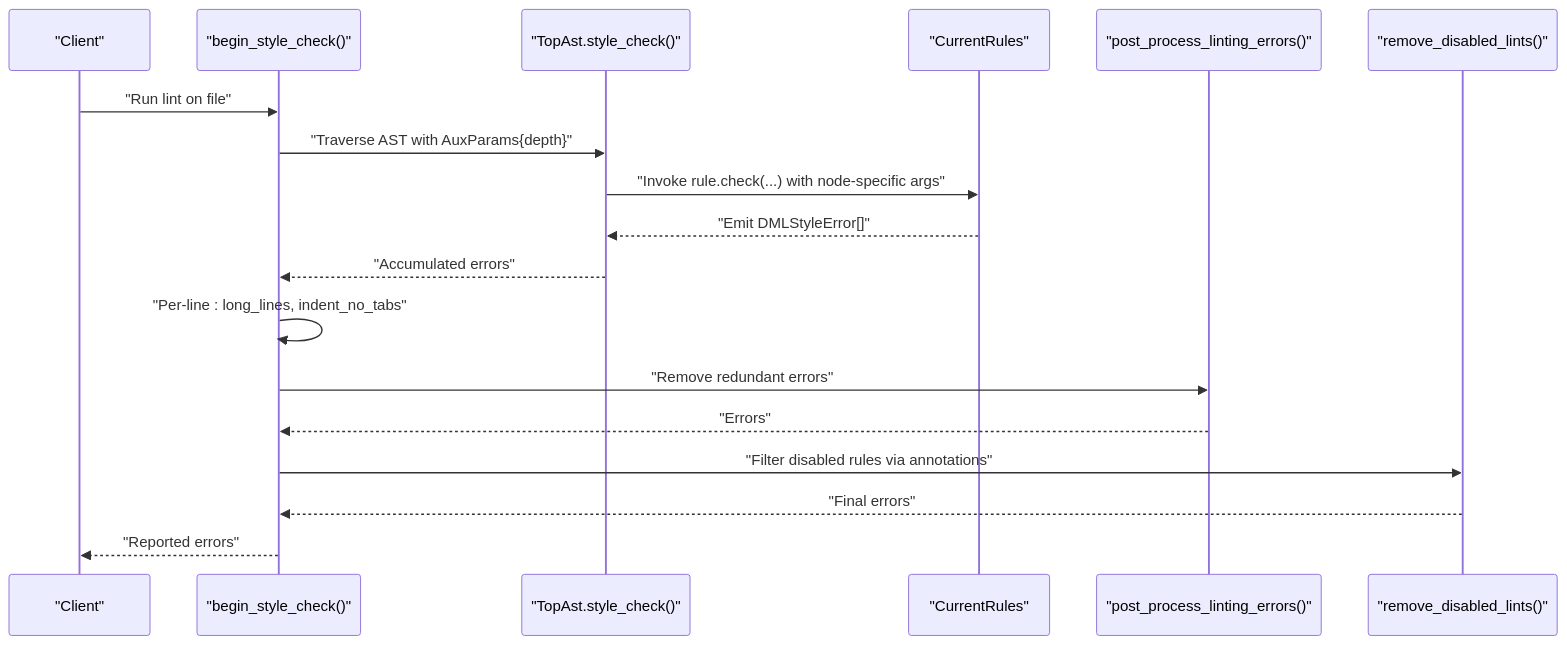
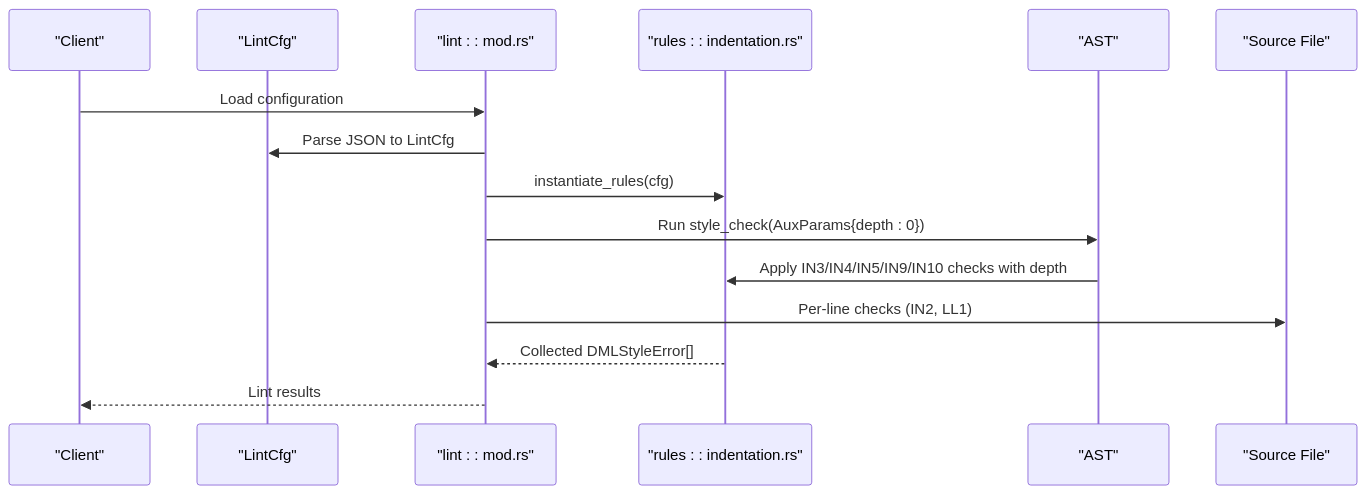
Before and after one commit to fenghaitao/dml-language-server: the second of 3 diagrams in .qoder/repowiki/en/content/Linting System/Indentation Rules.md, drawn with Mermaid. The commit also changed other lines of this file and 119 other files, not shown here.

````diff
--- a/.qoder/repowiki/en/content/Linting System/Indentation Rules.md
+++ b/.qoder/repowiki/en/content/Linting System/Indentation Rules.md
@@ -100,20 +104,17 @@
 ```mermaid
 sequenceDiagram
 participant Client as "Client"
-participant Linter as "begin_style_check()"
-participant AST as "TopAst.style_check()"
-participant Rules as "CurrentRules"
-participant Post as "post_process_linting_errors()"
-participant Disabled as "remove_disabled_lints()"
-Client->>Linter : "Run lint on file"
-Linter->>AST : "Traverse AST with AuxParams{depth}"
-AST->>Rules : "Invoke rule.check(...) with node-specific args"
-Rules-->>AST : "Emit DMLStyleError[]"
-AST-->>Linter : "Accumulated errors"
-Linter->>Linter : "Per-line : long_lines, indent_no_tabs"
-Linter->>Post : "Remove redundant errors"
-Post-->>Linter : "Errors"
-Linter->>Disabled : "Filter disabled rules via annotations"
-Disabled-->>Linter : "Final errors"
-Linter-->>Client : "Reported errors"
+participant Config as "LintCfg"
+participant Mod as "lint : : mod.rs"
+participant Rules as "rules : : indentation.rs"
+participant AST as "AST"
+participant File as "Source File"
+Client->>Mod : Load configuration
+Mod->>Config : Parse JSON to LintCfg
+Mod->>Rules : instantiate_rules(cfg)
+Mod->>AST : Run style_check(AuxParams{depth : 0})
+AST->>Rules : Apply IN3/IN4/IN5/IN9/IN10 checks with depth
+Mod->>File : Per-line checks (IN2, LL1)
+Rules-->>Mod : Collected DMLStyleError[]
+Mod-->>Client : Lint results
 ```
````
